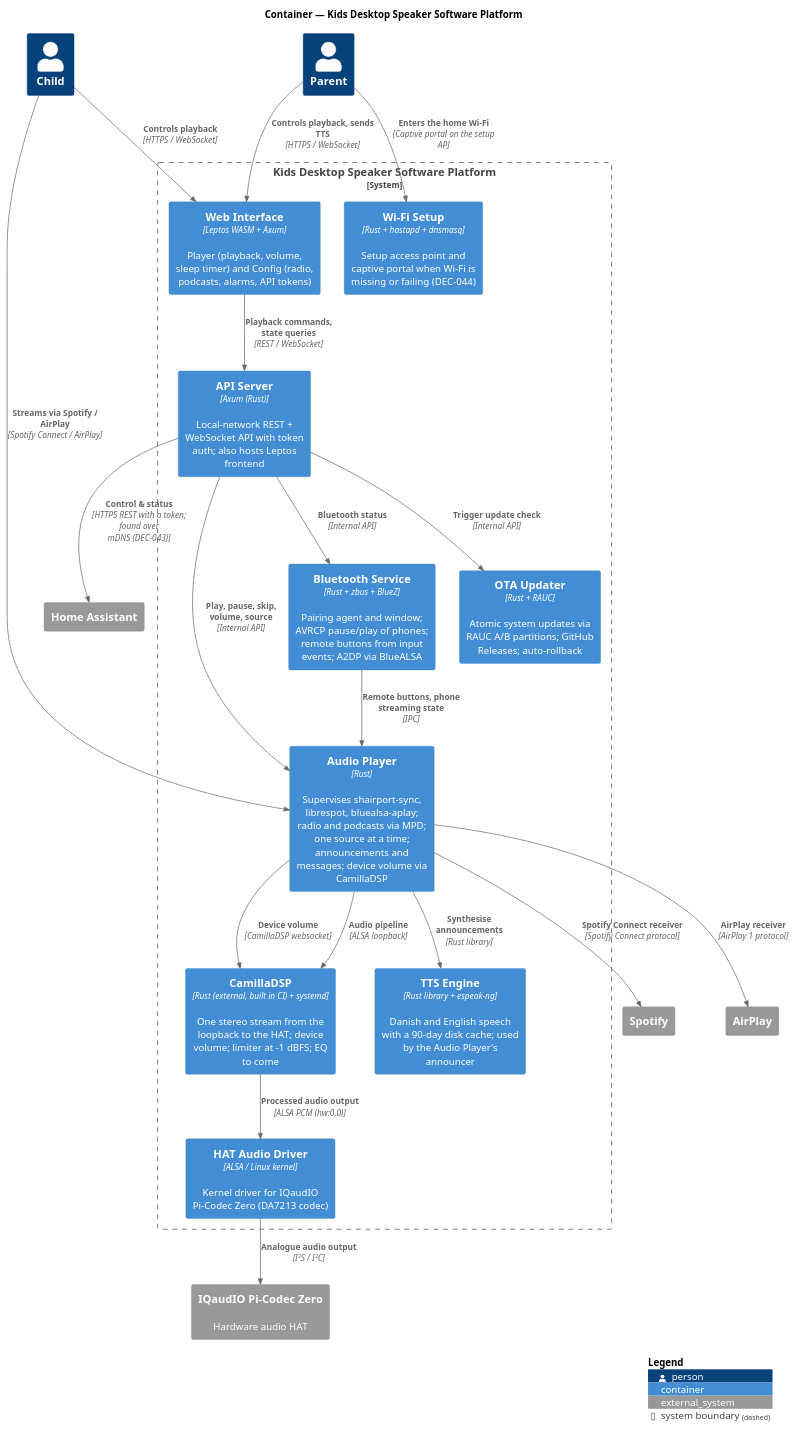
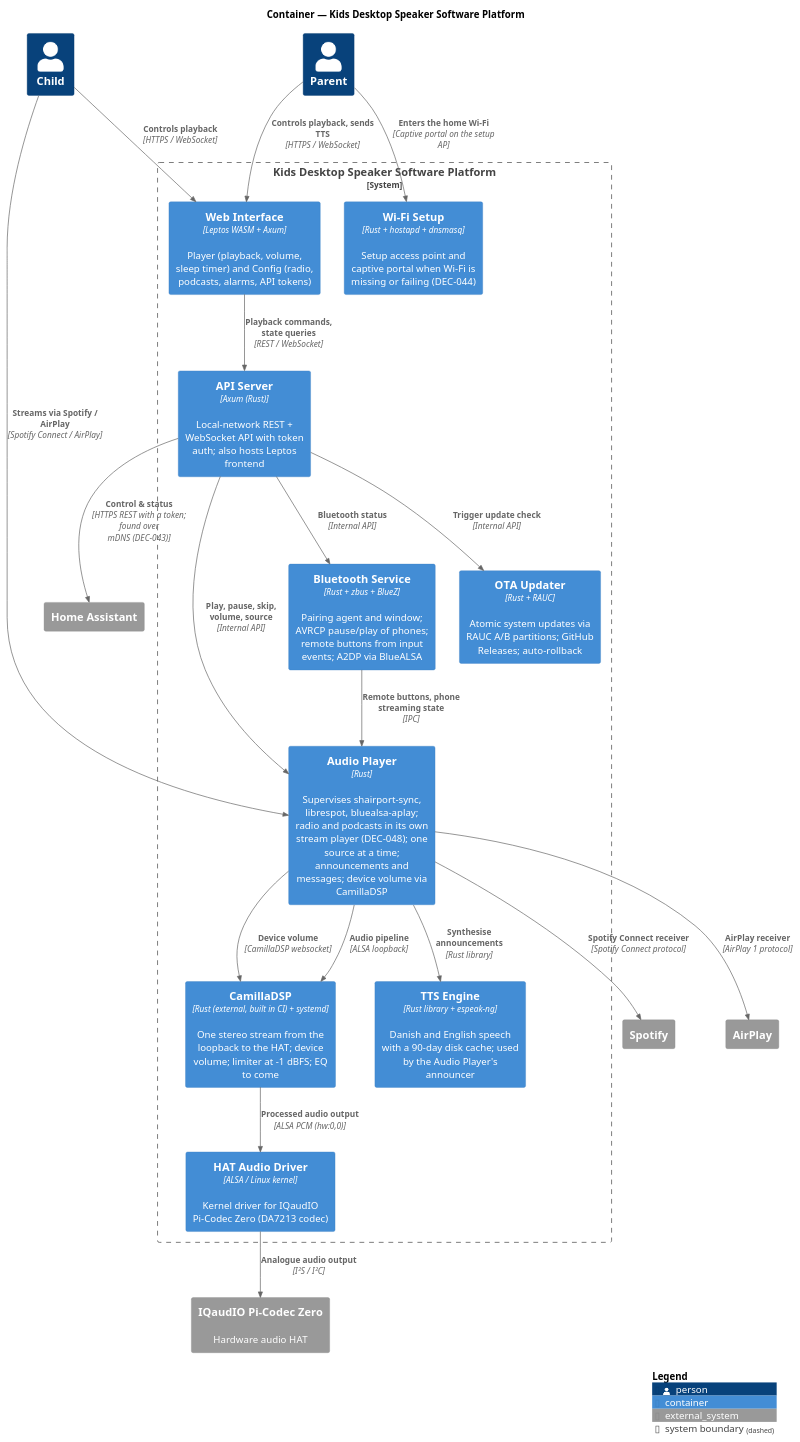
One commit to LydByDissing/kids-desktop-speaker changed the second of 2 diagrams in docs/source/architecture/index.rst. Above: the diagram before and after it, drawn with PlantUML. The commit also changed 43 other files, not shown here.

First line of the commit message:
feat(audio): radio and podcasts in the Audio Player, without MPD (KDS-9jt.5, DEC-048)

```diff
--- a/docs/source/architecture/index.rst
+++ b/docs/source/architecture/index.rst
@@ -132,54 +132,54 @@
 .. plantuml::
    :caption: Container — Kids Desktop Speaker Software Platform
    :name: fig-container
 
    @startuml
    !include ../c4/C4_Container.puml
 
    title Container — Kids Desktop Speaker Software Platform
 
    Person(child, "Child", "")
    Person(parent, "Parent", "")
 
    System_Ext(spotify, "Spotify", "")
    System_Ext(airplay, "AirPlay", "")
    System_Ext(ha, "Home Assistant", "")
    System_Ext(hat, "IQaudIO Pi-Codec Zero", "Hardware audio HAT")
 
    System_Boundary(speaker, "Kids Desktop Speaker Software Platform") {
 
        Container(webui, "Web Interface", "Leptos WASM + Axum", "Player (playback, volume, sleep timer) and Config (radio, podcasts, alarms, API tokens)")
        Container(api, "API Server", "Axum (Rust)", "Local-network REST + WebSocket API with token auth; also hosts Leptos frontend")
-       Container(player, "Audio Player", "Rust", "Supervises shairport-sync, librespot, bluealsa-aplay; radio and podcasts via MPD; one source at a time; announcements and messages; device volume via CamillaDSP")
+       Container(player, "Audio Player", "Rust", "Supervises shairport-sync, librespot, bluealsa-aplay; radio and podcasts in its own stream player (DEC-048); one source at a time; announcements and messages; device volume via CamillaDSP")
        Container(bt, "Bluetooth Service", "Rust + zbus + BlueZ", "Pairing agent and window; AVRCP pause/play of phones; remote buttons from input events; A2DP via BlueALSA")
        Container(dsp, "CamillaDSP", "Rust (external, built in CI) + systemd", "One stereo stream from the loopback to the HAT; device volume; limiter at -1 dBFS; EQ to come")
        Container(tts, "TTS Engine", "Rust library + espeak-ng", "Danish and English speech with a 90-day disk cache; used by the Audio Player's announcer")
        Container(wifisetup, "Wi-Fi Setup", "Rust + hostapd + dnsmasq", "Setup access point and captive portal when Wi-Fi is missing or failing (DEC-044)")
        Container(ota, "OTA Updater", "Rust + RAUC", "Atomic system updates via RAUC A/B partitions; GitHub Releases; auto-rollback")
        Container(hatdrv, "HAT Audio Driver", "ALSA / Linux kernel", "Kernel driver for IQaudIO Pi-Codec Zero (DA7213 codec)")
 
    }
 
    Rel(child, webui, "Controls playback", "HTTPS / WebSocket")
    Rel(child, player, "Streams via Spotify / AirPlay", "Spotify Connect / AirPlay")
    Rel(parent, webui, "Controls playback, sends TTS", "HTTPS / WebSocket")
 
    Rel(webui, api, "Playback commands, state queries", "REST / WebSocket")
    Rel(api, player, "Play, pause, skip, volume, source", "Internal API")
    Rel(player, dsp, "Device volume", "CamillaDSP websocket")
    Rel(player, tts, "Synthesise announcements", "Rust library")
    Rel(parent, wifisetup, "Enters the home Wi-Fi", "Captive portal on the setup AP")
    Rel(api, ota, "Trigger update check", "Internal API")
    Rel(api, bt, "Bluetooth status", "Internal API")
    Rel(api, ha, "Control & status", "HTTPS REST with a token; found over mDNS (DEC-043)")
 
    Rel(player, dsp, "Audio pipeline", "ALSA loopback")
    Rel(player, spotify, "Spotify Connect receiver", "Spotify Connect protocol")
    Rel(player, airplay, "AirPlay receiver", "AirPlay 1 protocol")
    Rel(bt, player, "Remote buttons, phone streaming state", "IPC")
 
    Rel(dsp, hatdrv, "Processed audio output", "ALSA PCM (hw:0,0)")
    Rel(hatdrv, hat, "Analogue audio output", "I²S / I²C")
 
    SHOW_LEGEND()
    @enduml
```
